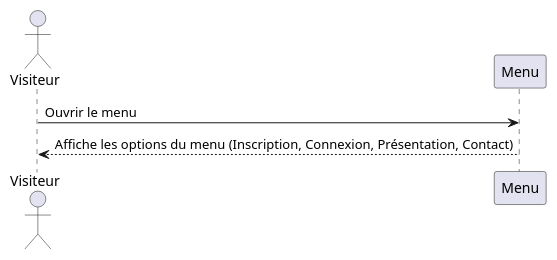
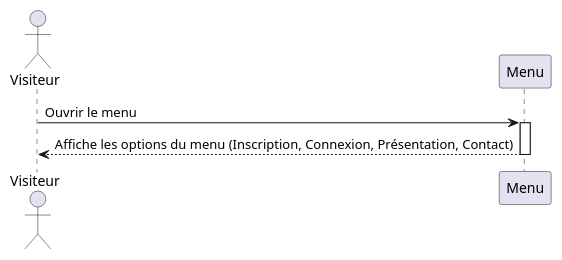
Before and after one commit to elamranibilel/Ortholib: the diagram in analyse/UML/Séquence/visiteur/3_menu.wsd, drawn with PlantUML. The commit also changed 18 other files, not shown here.

```diff
--- a/analyse/UML/Séquence/visiteur/3_menu.wsd
+++ b/analyse/UML/Séquence/visiteur/3_menu.wsd
@@ -1,7 +1,9 @@
 @startuml Menu
 actor Visiteur
 participant Menu
 
 Visiteur -> Menu : Ouvrir le menu
+activate Menu
 Menu --> Visiteur : Affiche les options du menu (Inscription, Connexion, Présentation, Contact)
+deactivate Menu
 @enduml
```
